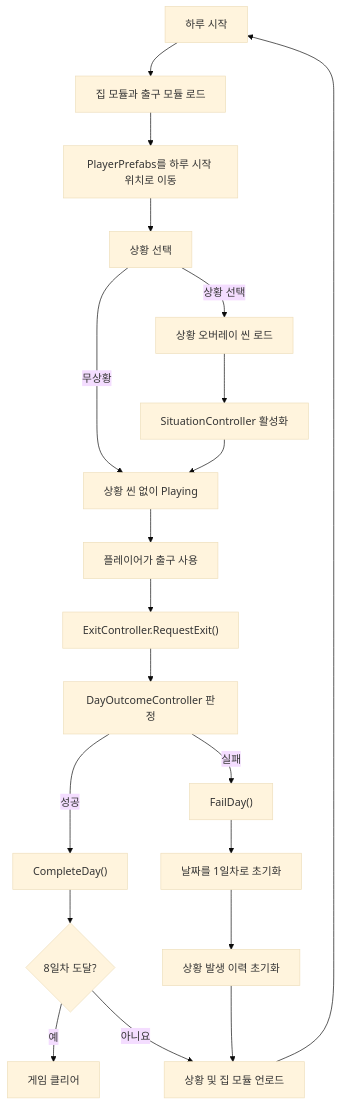
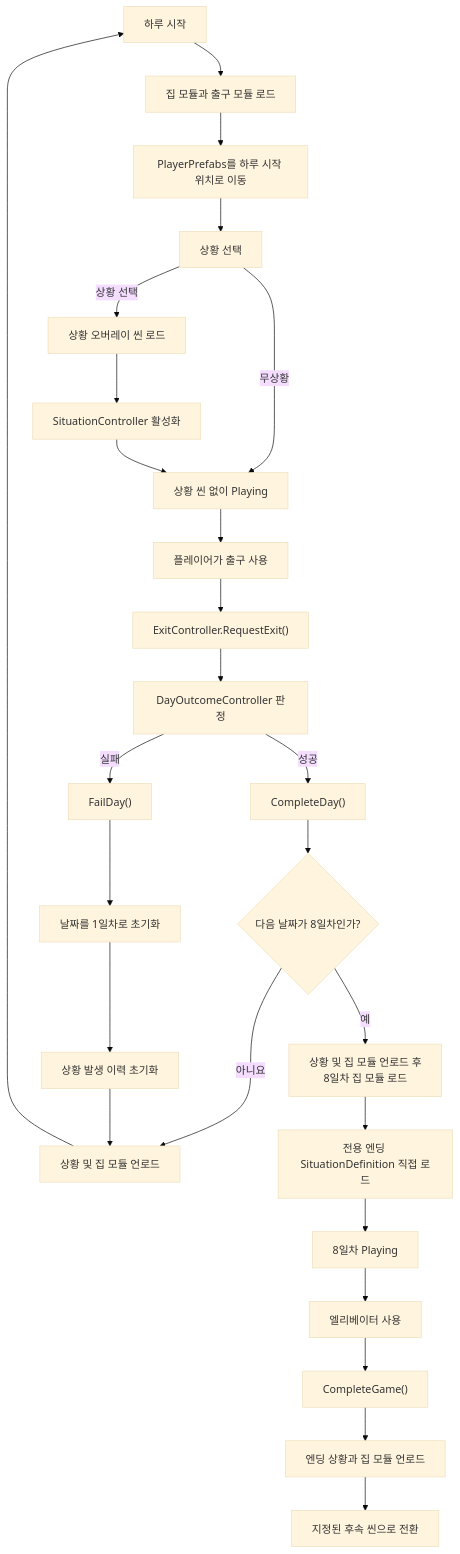
The first of 2 diagrams in PLANforLoopSystem.md (jeonghwan916/Virtual-Rescue), drawn with Mermaid (base theme) before and after one commit. The commit also changed other lines of this file and 12 other files, not shown here.

````diff
--- a/PLANforLoopSystem.md
+++ b/PLANforLoopSystem.md
@@ -170,27 +202,33 @@
 ```mermaid
 flowchart TD
     A["하루 시작"] --> B["집 모듈과 출구 모듈 로드"]
     B --> B2["PlayerPrefabs를 하루 시작 위치로 이동"]
     B2 --> C["상황 선택"]
 
     C -->|무상황| D["상황 씬 없이 Playing"]
     C -->|상황 선택| E["상황 오버레이 씬 로드"]
     E --> F["SituationController 활성화"]
     F --> D
 
     D --> G["플레이어가 출구 사용"]
     G --> H["ExitController.RequestExit()"]
     H --> I["DayOutcomeController 판정"]
 
     I -->|성공| J["CompleteDay()"]
     I -->|실패| K["FailDay()"]
 
-    J --> L{"8일차 도달?"}
-    L -->|예| M["게임 클리어"]
+    J --> L{"다음 날짜가 8일차인가?"}
     L -->|아니요| N["상황 및 집 모듈 언로드"]
     N --> A
+    L -->|예| E8["상황 및 집 모듈 언로드 후<br/>8일차 집 모듈 로드"]
+    E8 --> S8["전용 엔딩 SituationDefinition 직접 로드"]
+    S8 --> P8["8일차 Playing"]
+    P8 --> X8["엘리베이터 사용"]
+    X8 --> C8["CompleteGame()"]
+    C8 --> U8["엔딩 상황과 집 모듈 언로드"]
+    U8 --> D8["지정된 후속 씬으로 전환"]
 
     K --> O["날짜를 1일차로 초기화"]
     O --> P["상황 발생 이력 초기화"]
     P --> N
 ```
````
